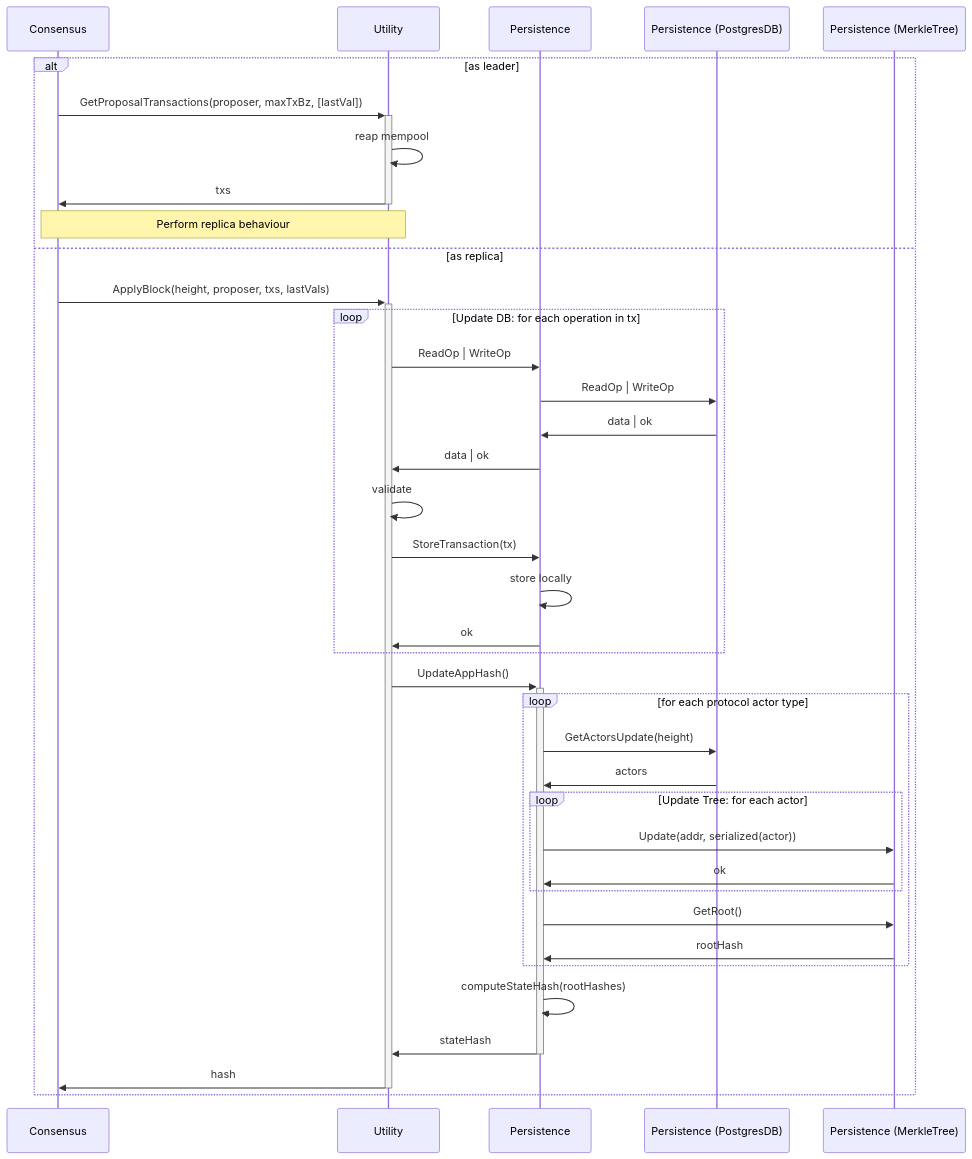
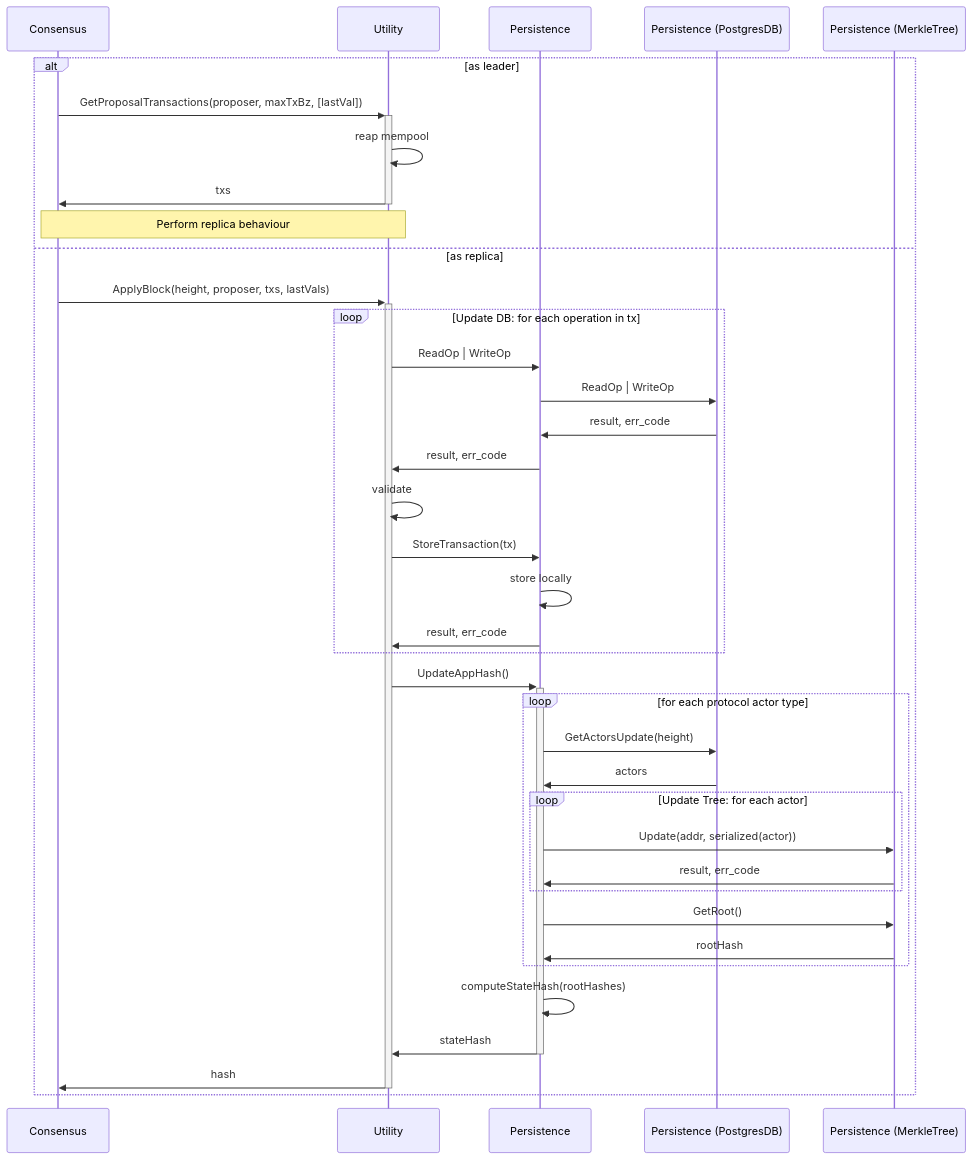
One commit to pokt-network/pocket changed the second of 3 diagrams in shared/docs/flows/AppHash.md. Above: the diagram before and after it, drawn with Mermaid. The commit also changed other lines of this file, not shown here.

Commit message:
Replace data | ok with result, err_code

````diff
--- a/shared/docs/flows/AppHash.md
+++ b/shared/docs/flows/AppHash.md
@@ -38,41 +41,41 @@
 ```mermaid
 sequenceDiagram
     participant C as Consensus
     participant U as Utility
     participant P as Persistence
     participant PP as Persistence (PostgresDB)
     participant PM as Persistence (MerkleTree)
 
     alt as leader
         C->>+U: GetProposalTransactions(proposer, maxTxBz, [lastVal])
         U->>U: reap mempool
         U->>-C: txs
         Note over C, U: Perform replica behaviour
     else as replica
         C->>+U: ApplyBlock(height, proposer, txs, lastVals)
         loop Update DB: for each operation in tx
             U->>P: ReadOp | WriteOp
             P->>PP: ReadOp | WriteOp
-            PP->>P: data | ok
-            P->>U: data | ok
+            PP->>P: result, err_code
+            P->>U: result, err_code
             U->>U: validate
             U->>P: StoreTransaction(tx)
             P->>P: store locally
-            P->>U: ok
+            P->>U: result, err_code
         end
         U->>+P: UpdateAppHash()
         loop for each protocol actor type
             P->>PP: GetActorsUpdate(height)
             PP->>P: actors
             loop Update Tree: for each actor
                 P->>PM: Update(addr, serialized(actor))
-                PM->>P: ok
+                PM->>P: result, err_code
             end
             P->>PM: GetRoot()
             PM->>P: rootHash
         end
         P->>P: computeStateHash(rootHashes)
         P->>-U: stateHash
         U->>-C: hash
     end
 ```
````
